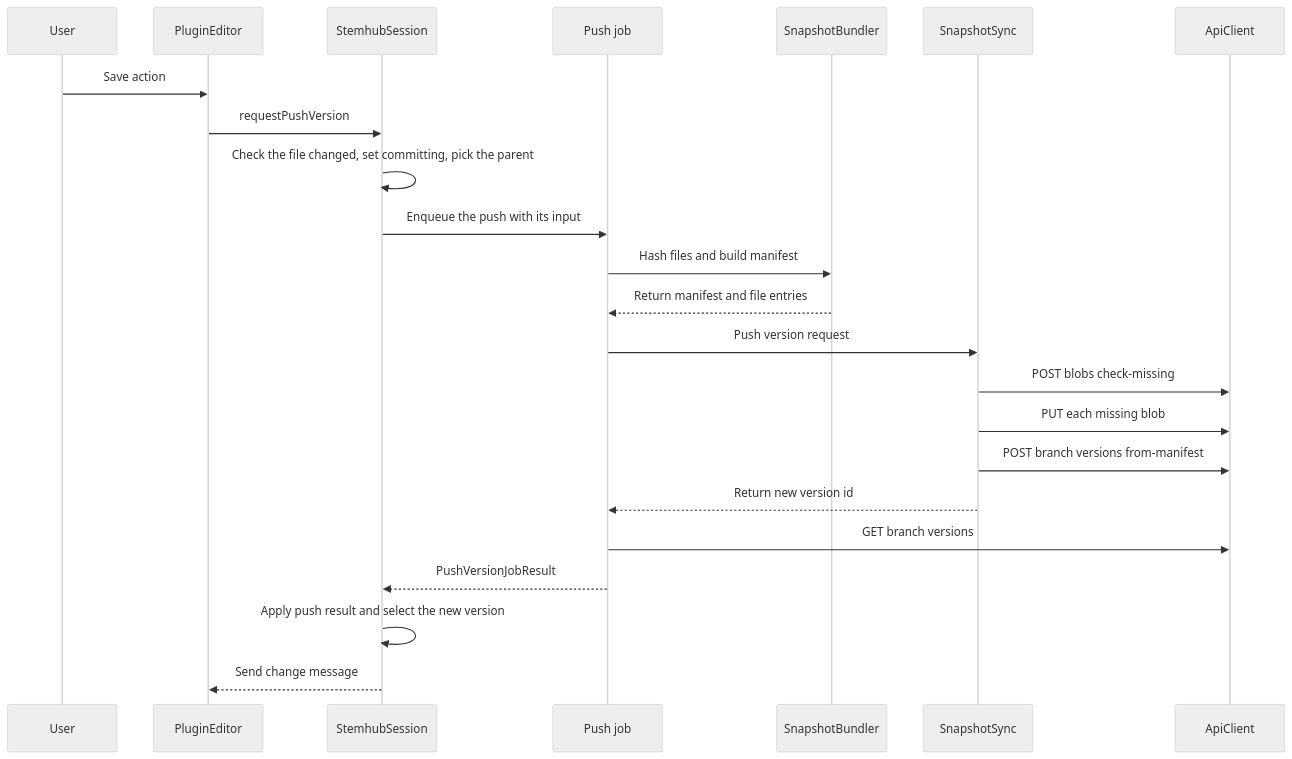
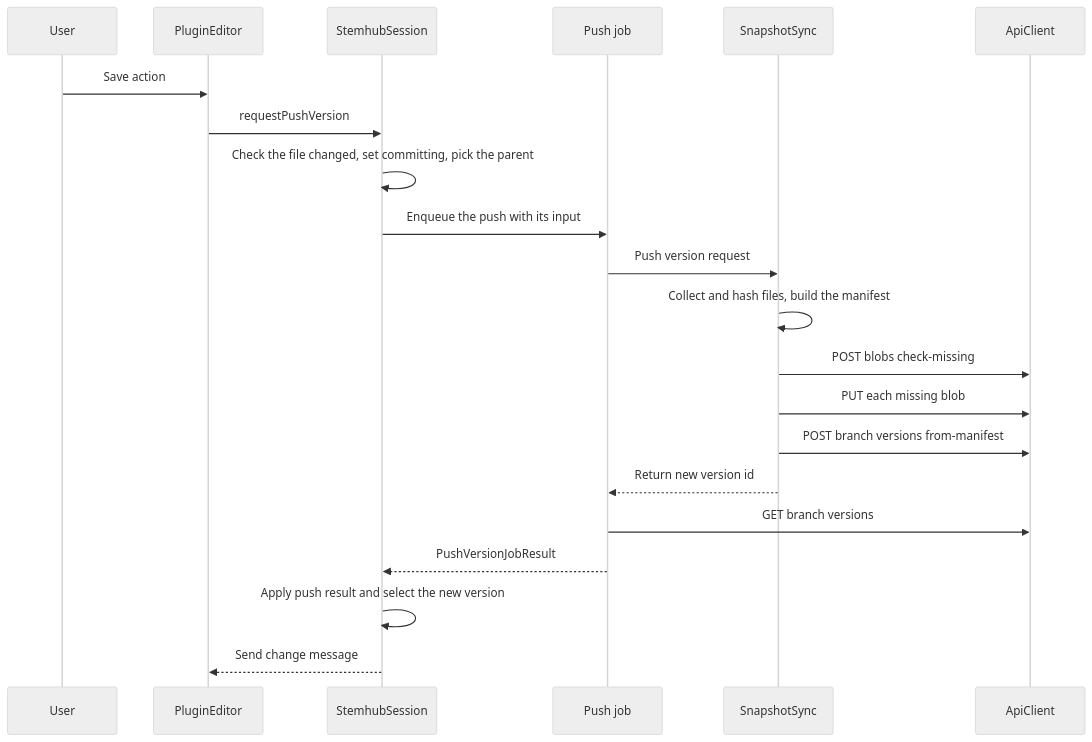
One commit to stemhub-org/Stemhub changed the second of 3 diagrams in docs/plugin-data-flow.md. Above: the diagram before and after it, drawn with Mermaid (neutral theme). The commit also changed other lines of this file and 16 other files, not shown here.

````diff
--- a/docs/plugin-data-flow.md
+++ b/docs/plugin-data-flow.md
@@ -196,26 +198,24 @@
 ```mermaid
 sequenceDiagram
     participant U as User
     participant E as PluginEditor
     participant P as StemhubSession
     participant W as Push job
-    participant S as SnapshotBundler
     participant V as SnapshotSync
     participant A as ApiClient
 
     U->>E: Save action
     E->>P: requestPushVersion
     P->>P: Check the file changed, set committing, pick the parent
     P->>W: Enqueue the push with its input
-    W->>S: Hash files and build manifest
-    S-->>W: Return manifest and file entries
     W->>V: Push version request
+    V->>V: Collect and hash files, build the manifest
     V->>A: POST blobs check-missing
     V->>A: PUT each missing blob
     V->>A: POST branch versions from-manifest
     V-->>W: Return new version id
     W->>A: GET branch versions
     W-->>P: PushVersionJobResult
     P->>P: Apply push result and select the new version
     P-->>E: Send change message
 ```
````
